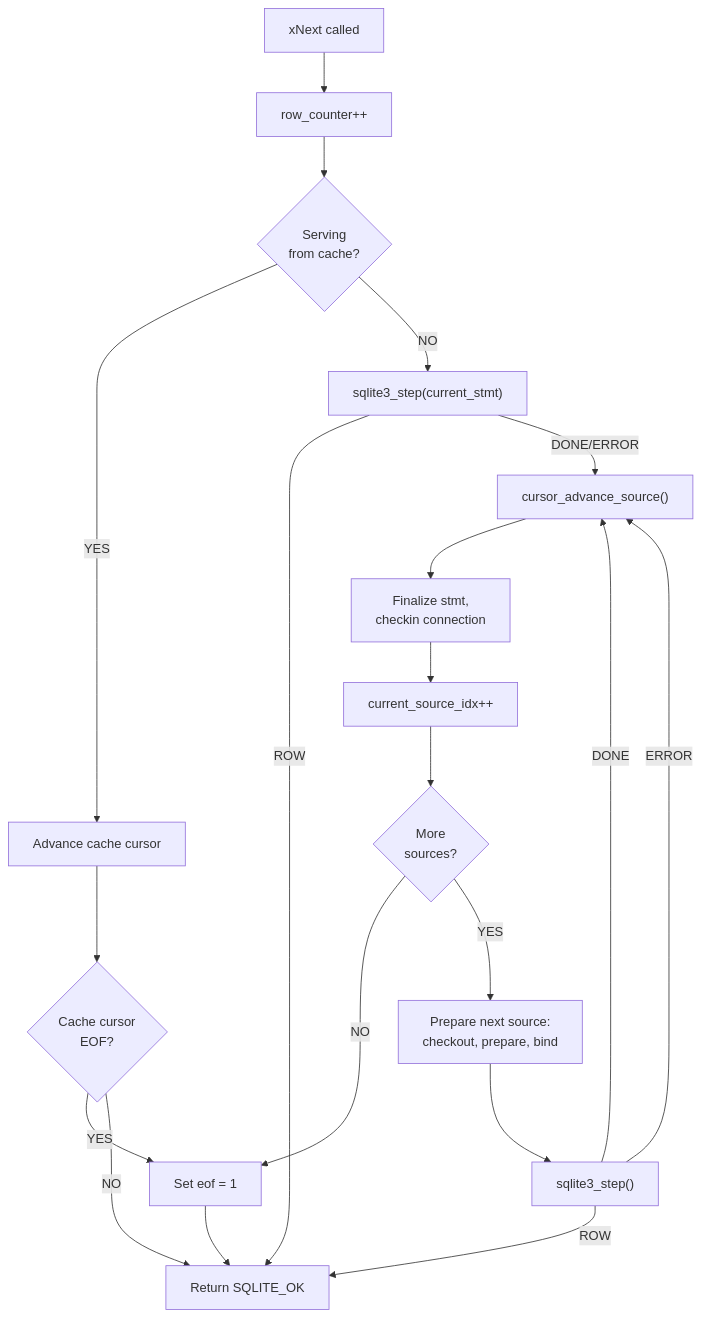
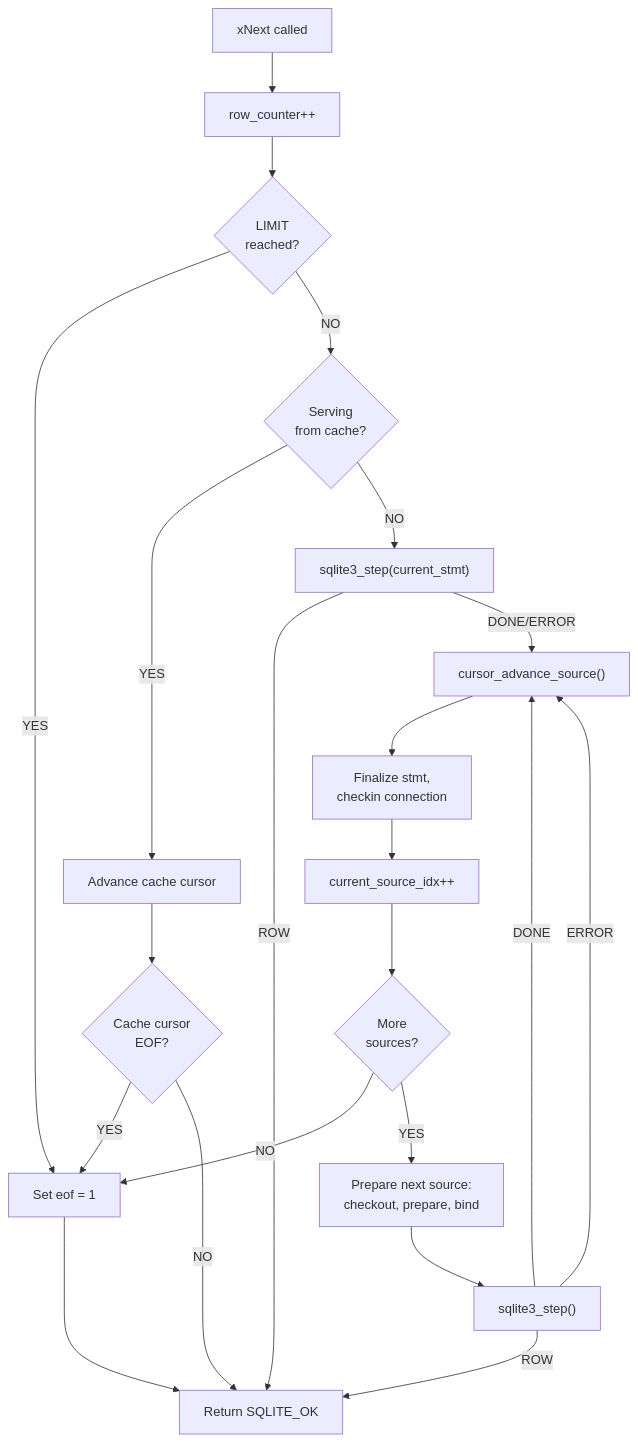
The fifth of 6 diagrams in docs/architecture.md (alexandernicholson/clearprism), drawn with Mermaid before and after one commit. The commit also changed other lines of this file and 15 other files, not shown here.

````diff
--- a/docs/architecture.md
+++ b/docs/architecture.md
@@ -148,22 +165,24 @@
 ```mermaid
 flowchart TD
     NEXT["xNext called"] --> INC["row_counter++"]
-    INC --> CACHED{"Serving<br>from cache?"}
+    INC --> LIM{"LIMIT<br>reached?"}
+    LIM -- YES --> SET_EOF
+    LIM -- NO --> CACHED{"Serving<br>from cache?"}
     CACHED -- YES --> ADV_CACHE["Advance cache cursor"]
     ADV_CACHE --> EOF_CACHE{"Cache cursor<br>EOF?"}
     EOF_CACHE -- YES --> SET_EOF["Set eof = 1"]
     EOF_CACHE -- NO --> OK["Return SQLITE_OK"]
     CACHED -- NO --> STEP["sqlite3_step(current_stmt)"]
     STEP -- ROW --> OK
     STEP -- DONE/ERROR --> ADV["cursor_advance_source()"]
     ADV --> FIN["Finalize stmt,<br>checkin connection"]
     FIN --> NEXT_SRC["current_source_idx++"]
     NEXT_SRC --> MORE{"More<br>sources?"}
     MORE -- NO --> SET_EOF
     MORE -- YES --> PREP["Prepare next source:<br>checkout, prepare, bind"]
     PREP --> STEP2["sqlite3_step()"]
     STEP2 -- ROW --> OK
     STEP2 -- DONE --> ADV
     STEP2 -- ERROR --> ADV
     SET_EOF --> OK
 ```
````
